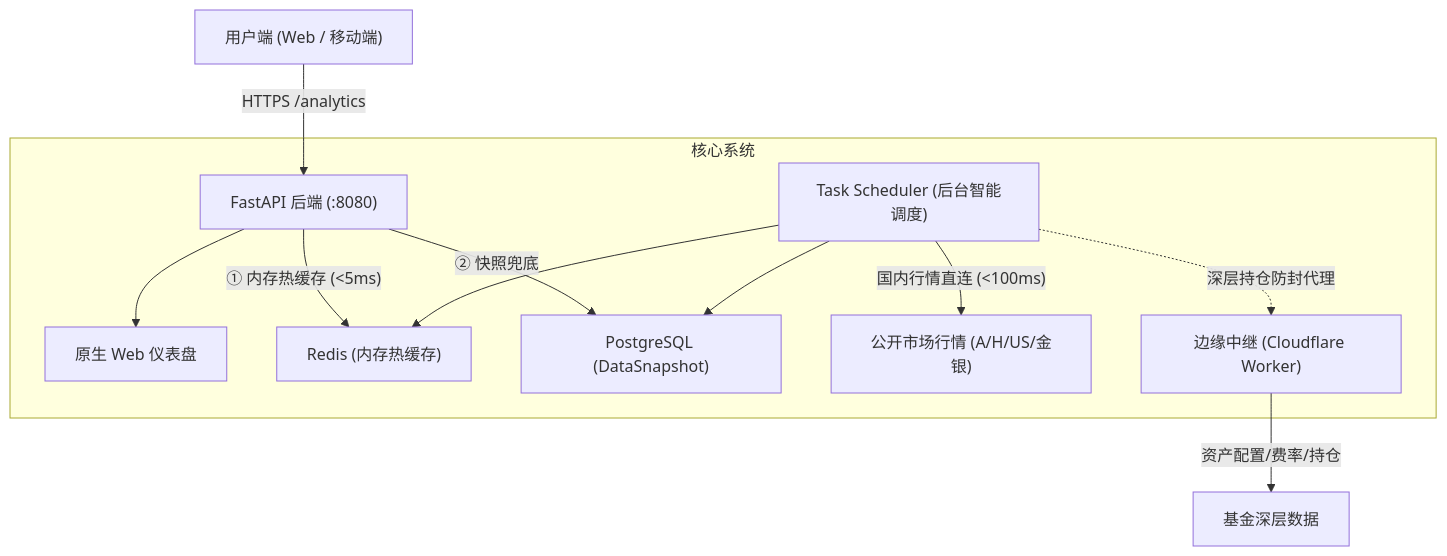
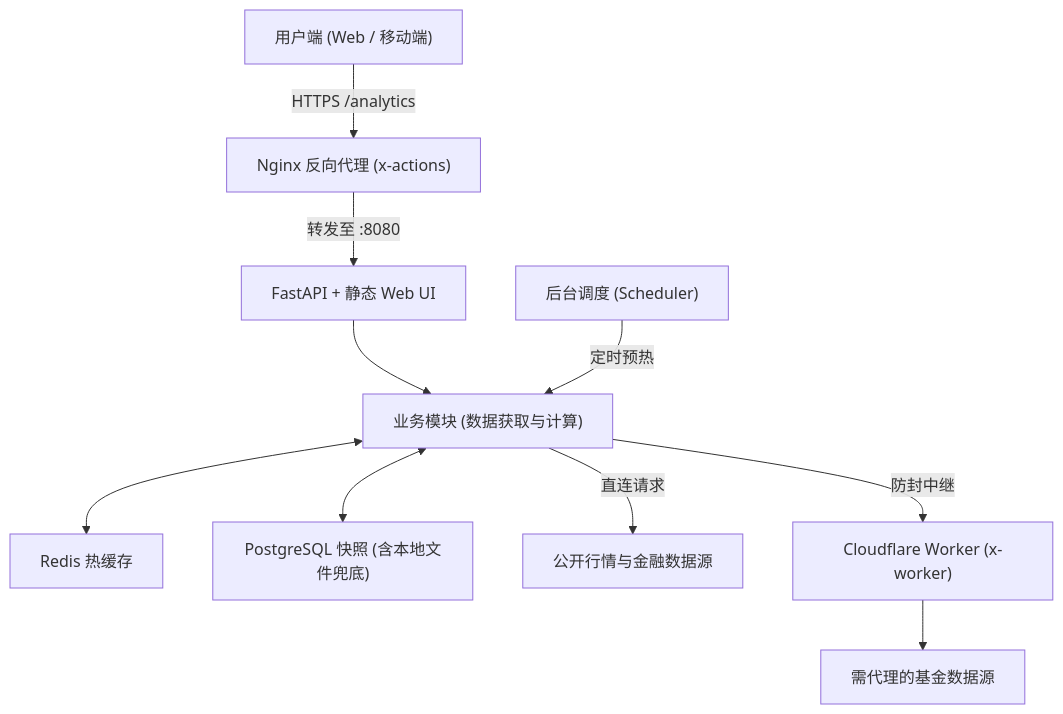
Before and after one commit to XERA-2011/x-analytics: the diagram in README.md, drawn with Mermaid. The commit also changed other lines of this file and 2 other files, not shown here.

Commit message:
docs: 完善项目架构图与 Agent 技能规范，精准对齐生产网关与快照容灾

````diff
--- a/README.md
+++ b/README.md
@@ -9,16 +11,14 @@
 ```mermaid
 graph TD
-    Client["用户端 (Web / 移动端)"] -->|"HTTPS /analytics"| App["FastAPI 后端 (:8080)"]
-    
-    subgraph CoreApp ["核心系统"]
-        App --> WebUI["原生 Web 仪表盘"]
-        App -->|"① 内存热缓存 (<5ms)"| Redis["Redis (内存热缓存)"]
-        App -->|"② 快照兜底"| Postgres["PostgreSQL (DataSnapshot)"]
-        
-        Scheduler["Task Scheduler (后台智能调度)"] --> Redis & Postgres
-        Scheduler -->|"国内行情直连 (<100ms)"| PublicAPIs["公开市场行情 (A/H/US/金银)"]
-        Scheduler -.->|"深层持仓防封代理"| ProxyWorker["边缘中继 (Cloudflare Worker)"]
-    end
+    Client["用户端 (Web / 移动端)"] -->|"HTTPS /analytics"| Nginx["Nginx 反向代理 (x-actions)"]
+    Nginx -->|"转发至 :8080"| App["FastAPI + 静态 Web UI"]
 
-    ProxyWorker -->|"资产配置/费率/持仓"| FundAPIs["基金深层数据"]
+    App --> Services["业务模块 (数据获取与计算)"]
+    Scheduler["后台调度 (Scheduler)"] -->|"定时预热"| Services
+
+    Services <--> Redis["Redis 热缓存"]
+    Services <--> Snapshot["PostgreSQL 快照 (含本地文件兜底)"]
+
+    Services -->|"直连请求"| Sources["公开行情与金融数据源"]
+    Services -->|"防封中继"| Worker["Cloudflare Worker (x-worker)"] --> FundSources["需代理的基金数据源"]
 ```
````
